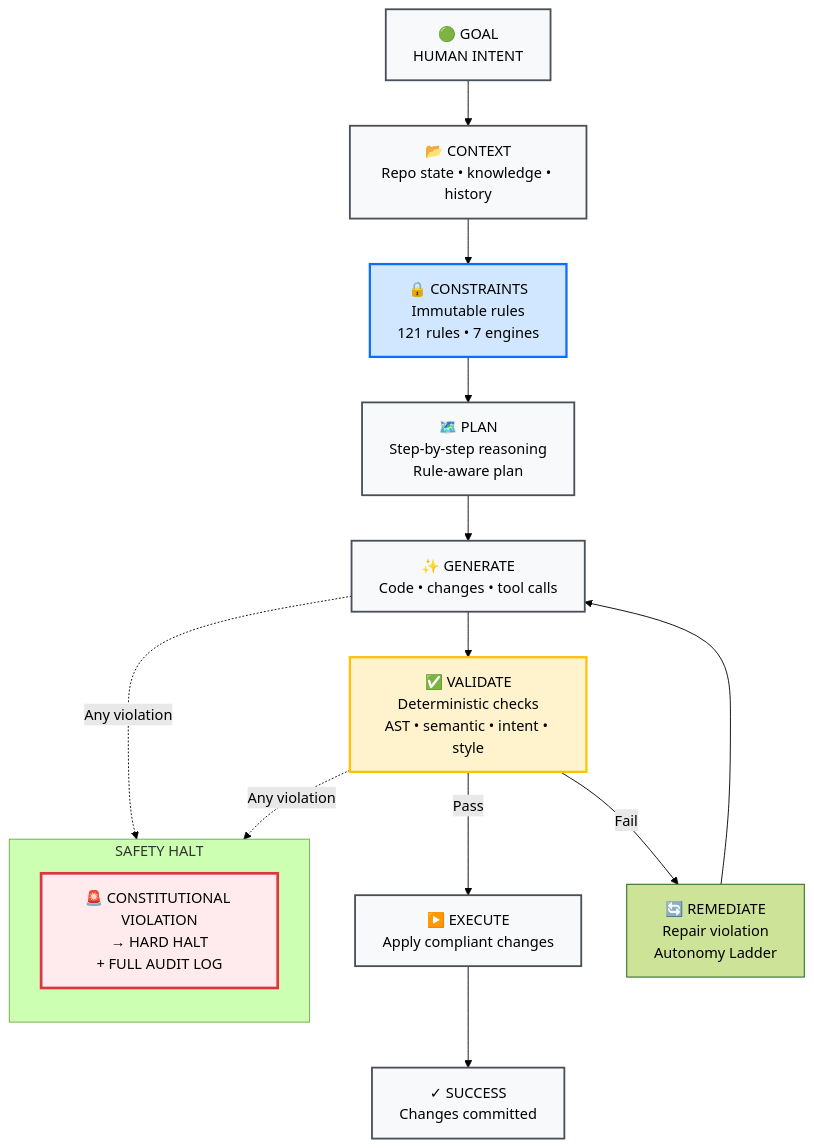
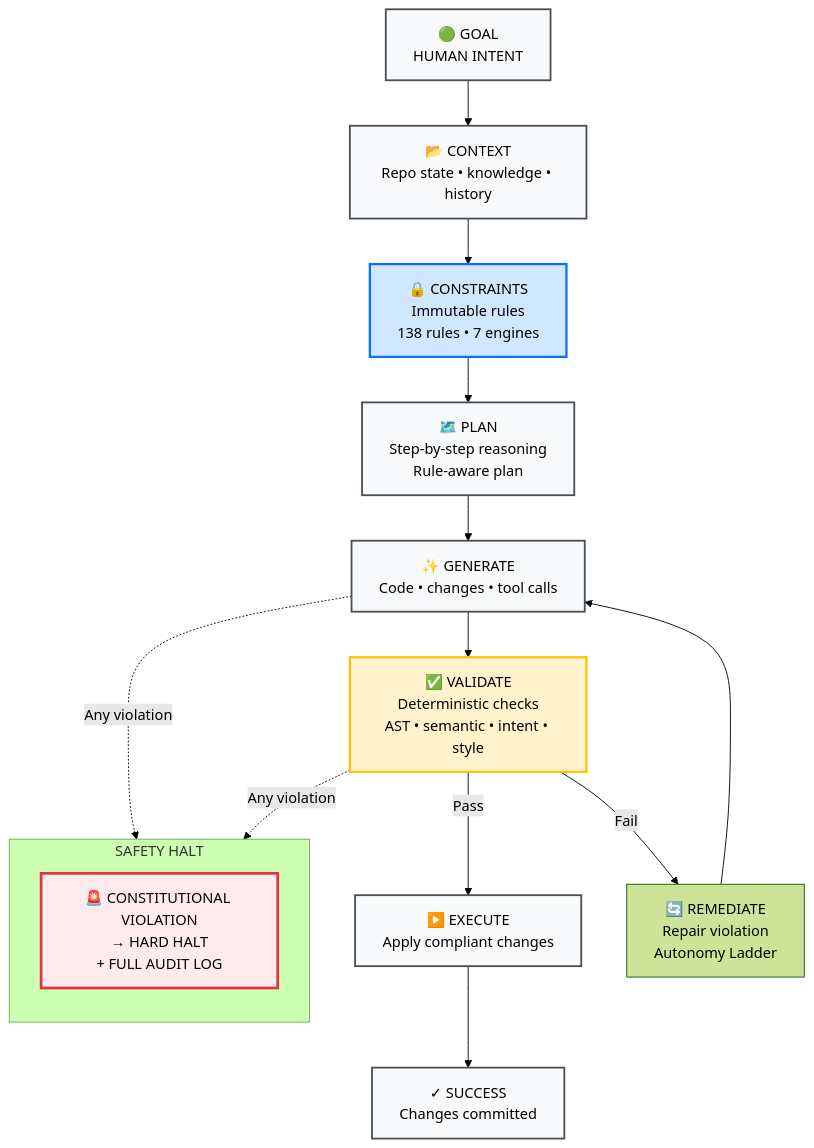
Before and after one commit to DariuszNewecki/CORE: the diagram in README.md, drawn with Mermaid (forest theme). The commit also changed other lines of this file and 20 other files, not shown here.

````diff
--- a/README.md
+++ b/README.md
@@ -95,30 +95,30 @@
 ```mermaid
 flowchart TD
     A["🟢 GOAL\nHUMAN INTENT"] --> B["📂 CONTEXT\nRepo state • knowledge • history"]
-    B --> C["🔒 CONSTRAINTS\nImmutable rules\n121 rules • 7 engines"]
+    B --> C["🔒 CONSTRAINTS\nImmutable rules\n138 rules • 7 engines"]
     C --> D["🗺️ PLAN\nStep-by-step reasoning\nRule-aware plan"]
     D --> E["✨ GENERATE\nCode • changes • tool calls"]
     E --> F["✅ VALIDATE\nDeterministic checks\nAST • semantic • intent • style"]
     F -->|Pass| G["▶️ EXECUTE\nApply compliant changes"]
     F -->|Fail| H["🔄 REMEDIATE\nRepair violation\nAutonomy Ladder"]
     H --> E
     G --> I["✓ SUCCESS\nChanges committed"]
 
     subgraph "SAFETY HALT"
         direction TB
         J["🚨 CONSTITUTIONAL VIOLATION\n→ HARD HALT\n+ FULL AUDIT LOG"]
     end
 
     E -.->|Any violation| J
     F -.->|Any violation| J
 
     classDef phase      fill:#f8f9fa,stroke:#495057,stroke-width:2px
     classDef constraint fill:#d1e7ff,stroke:#0d6efd,stroke-width:2.5px
     classDef validate   fill:#fff3cd,stroke:#ffc107,stroke-width:2.5px
     classDef halt       fill:#ffebee,stroke:#dc3545,stroke-width:3px
 
     class A,B,D,E,G,I phase
     class C constraint
     class F validate
     class J halt
 ```
````
